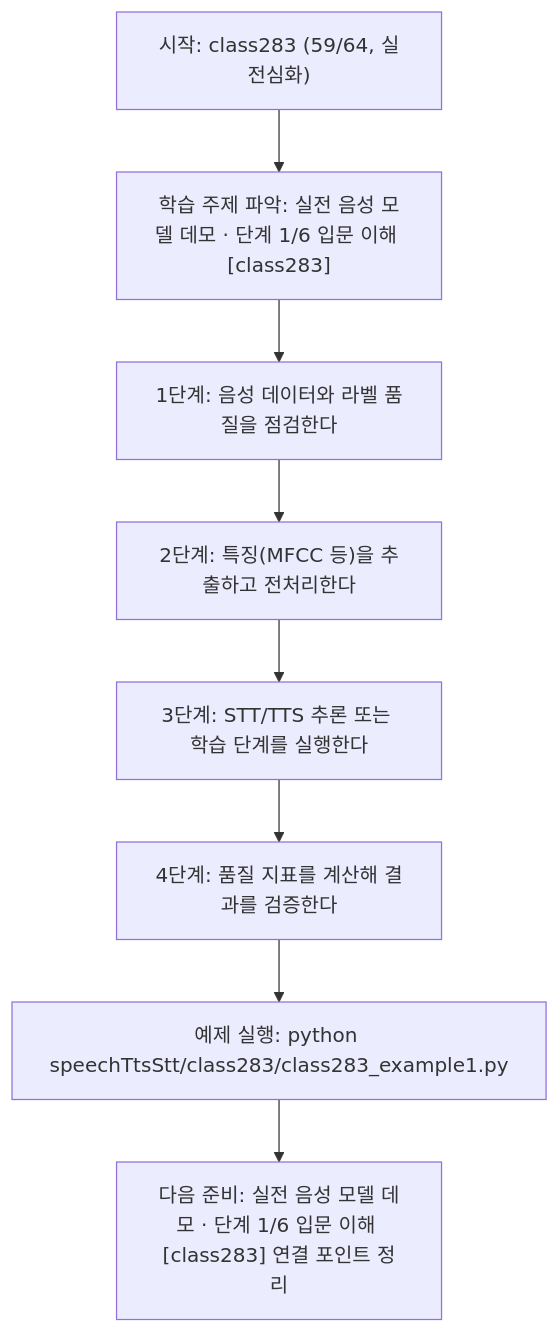
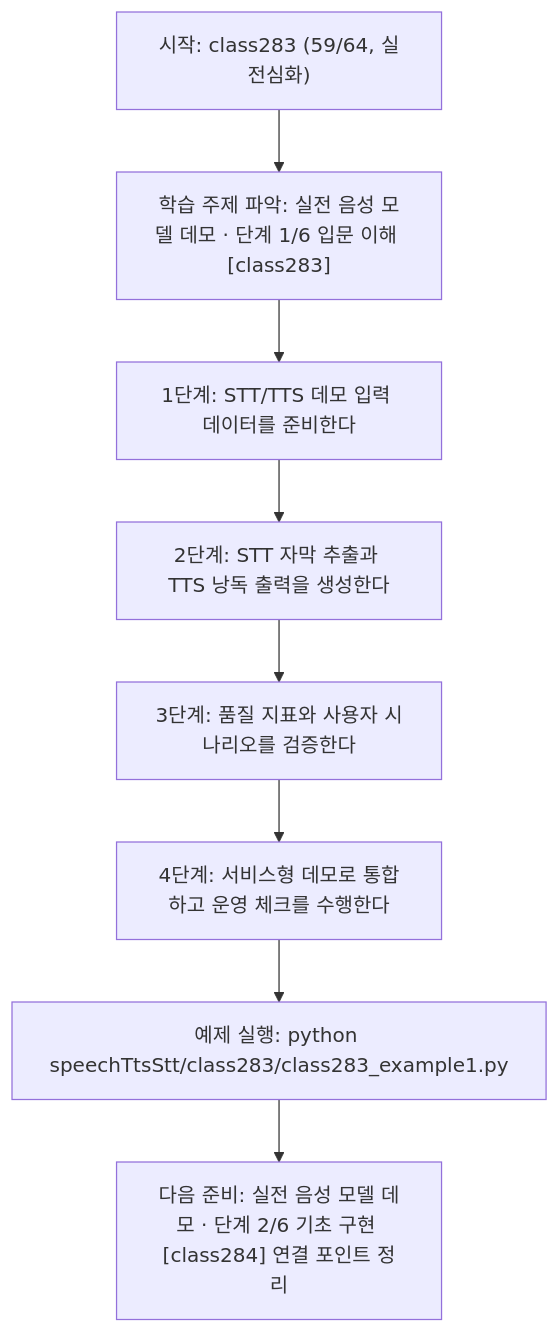
The diagram in speechTtsStt/class283/class283.md (edumgt/Python-AI_Agent-Class), drawn with Mermaid before and after one commit. The commit also changed other lines of this file and 1122 other files, not shown here.

````diff
--- a/speechTtsStt/class283/class283.md
+++ b/speechTtsStt/class283/class283.md
@@ -115,18 +95,18 @@
 ```mermaid
 flowchart TD
 N1["시작: class283 (59/64, 실전심화)"]
 N2["학습 주제 파악: 실전 음성 모델 데모 · 단계 1/6 입문 이해 [class283]"]
-N3["1단계: 음성 데이터와 라벨 품질을 점검한다"]
-N4["2단계: 특징(MFCC 등)을 추출하고 전처리한다"]
-N5["3단계: STT/TTS 추론 또는 학습 단계를 실행한다"]
-N6["4단계: 품질 지표를 계산해 결과를 검증한다"]
+N3["1단계: STT/TTS 데모 입력 데이터를 준비한다"]
+N4["2단계: STT 자막 추출과 TTS 낭독 출력을 생성한다"]
+N5["3단계: 품질 지표와 사용자 시나리오를 검증한다"]
+N6["4단계: 서비스형 데모로 통합하고 운영 체크를 수행한다"]
 N7["예제 실행: python speechTtsStt/class283/class283_example1.py"]
-N8["다음 준비: 실전 음성 모델 데모 · 단계 1/6 입문 이해 [class283] 연결 포인트 정리"]
+N8["다음 준비: 실전 음성 모델 데모 · 단계 2/6 기초 구현 [class284] 연결 포인트 정리"]
 N1 --> N2
 N2 --> N3
 N3 --> N4
 N4 --> N5
 N5 --> N6
 N6 --> N7
 N7 --> N8
 ```
````
